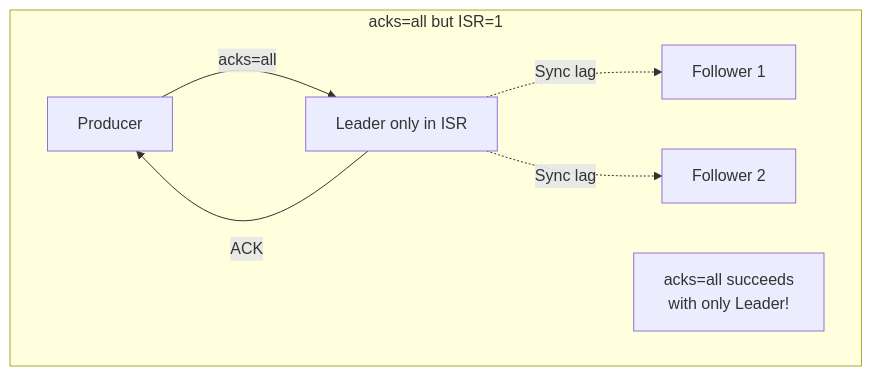
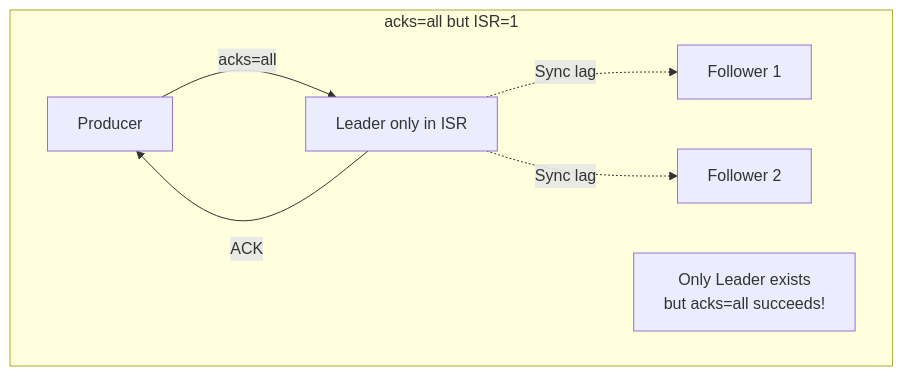
One commit to advanced-beginner/advanced-beginner.github.io changed the second of 6 diagrams in content/en/docs/kafka/concepts/advanced-concepts.md. Above: the diagram before and after it, drawn with Mermaid. The commit also changed other lines of this file and 7 other files, not shown here.

````diff
--- a/content/en/docs/kafka/concepts/advanced-concepts.md
+++ b/content/en/docs/kafka/concepts/advanced-concepts.md
@@ -54,12 +66,12 @@
 ```mermaid
 flowchart TB
     subgraph Problem["acks=all but ISR=1"]
         P[Producer] -->|acks=all| L[Leader only in ISR]
         L -->|ACK| P
         F1[Follower 1]
         F2[Follower 2]
         L -.->|Sync lag| F1
         L -.->|Sync lag| F2
-        NOTE[acks=all succeeds<br>with only Leader!]
+        NOTE[Only Leader exists<br>but acks=all succeeds!]
     end
 ```
````
